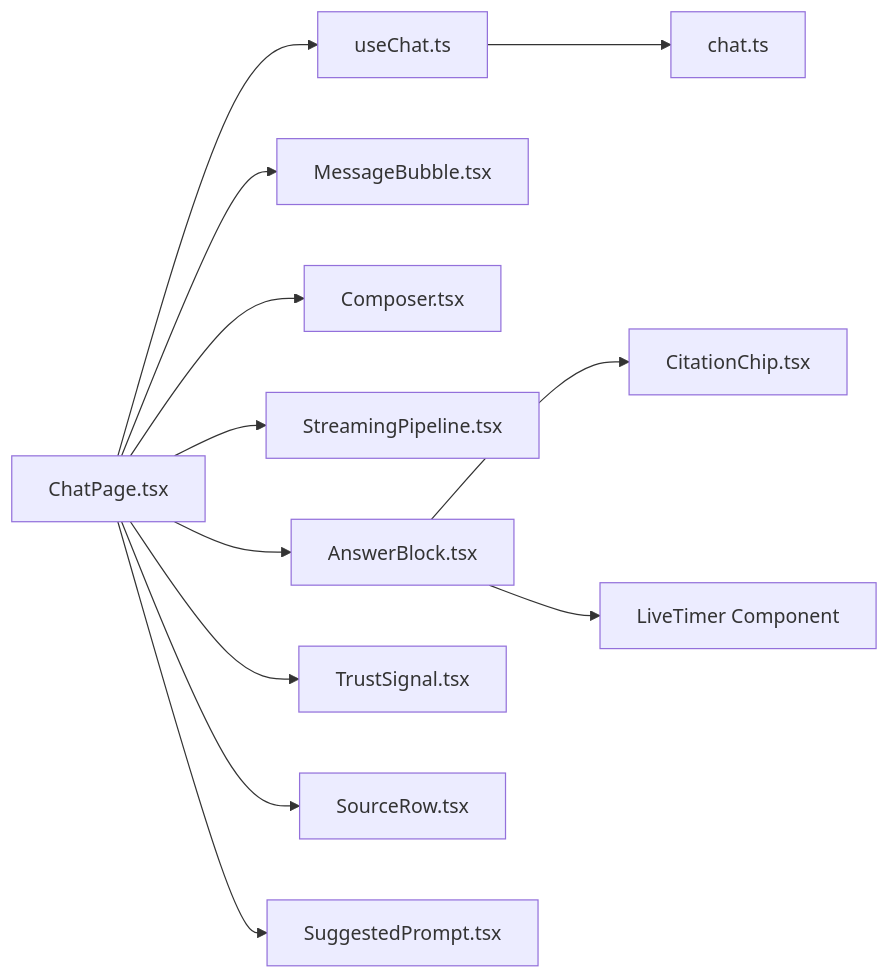
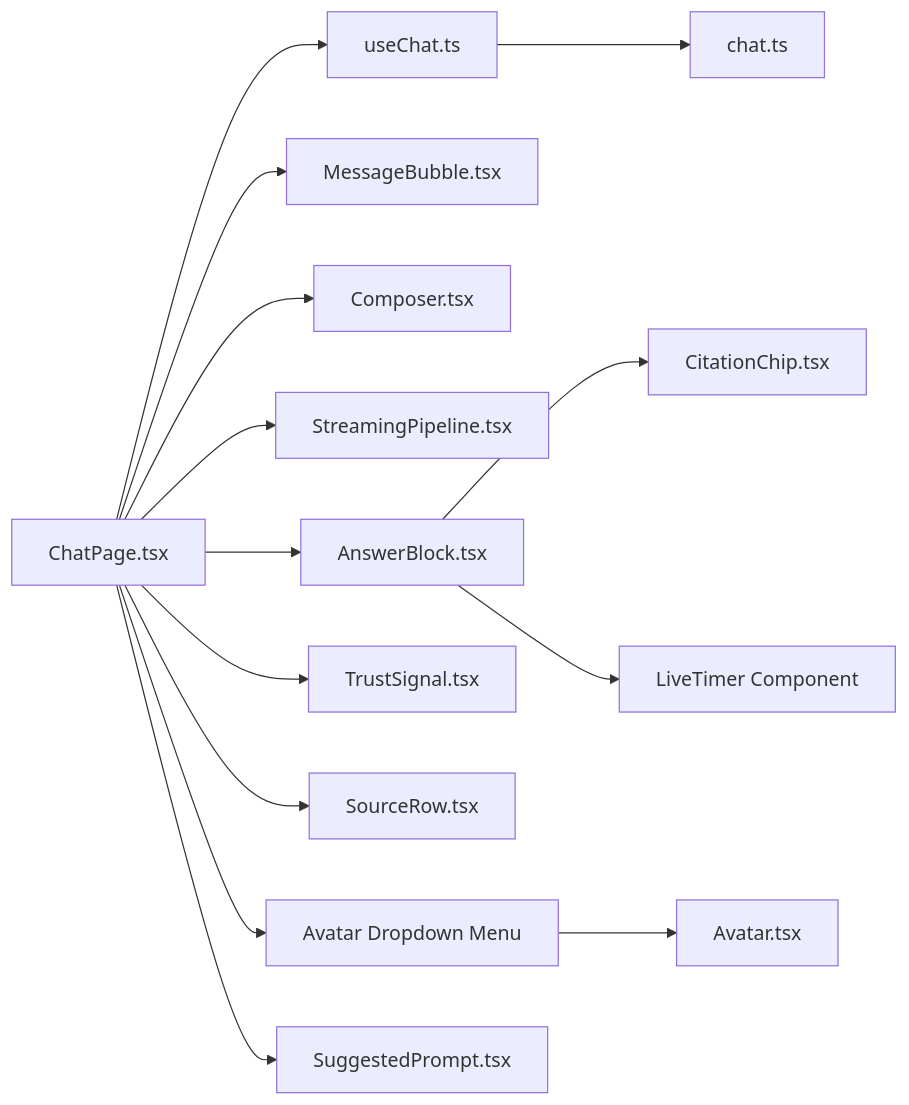
One commit to genes8/private-ai changed the third of 3 diagrams in .qoder/repowiki/en/content/Frontend Application/Chat Interface.md. Above: the diagram before and after it, drawn with Mermaid. The commit also changed other lines of this file and 55 other files, not shown here.

````diff
--- a/.qoder/repowiki/en/content/Frontend Application/Chat Interface.md
+++ b/.qoder/repowiki/en/content/Frontend Application/Chat Interface.md
@@ -419,14 +507,16 @@
 ```mermaid
 graph LR
 ChatPage["ChatPage.tsx"] --> useChat["useChat.ts"]
 ChatPage --> MessageBubble["MessageBubble.tsx"]
 ChatPage --> Composer["Composer.tsx"]
 ChatPage --> StreamingPipeline["StreamingPipeline.tsx"]
 ChatPage --> AnswerBlock["AnswerBlock.tsx"]
 ChatPage --> TrustSignal["TrustSignal.tsx"]
 ChatPage --> SourceRow["SourceRow.tsx"]
+ChatPage --> AvatarDropdown["Avatar Dropdown Menu"]
+AvatarDropdown --> Avatar["Avatar.tsx"]
 useChat --> API["chat.ts"]
 AnswerBlock --> CitationChip["CitationChip.tsx"]
 AnswerBlock --> LiveTimer["LiveTimer Component"]
 ChatPage --> SuggestedPrompt["SuggestedPrompt.tsx"]
 ```
````
